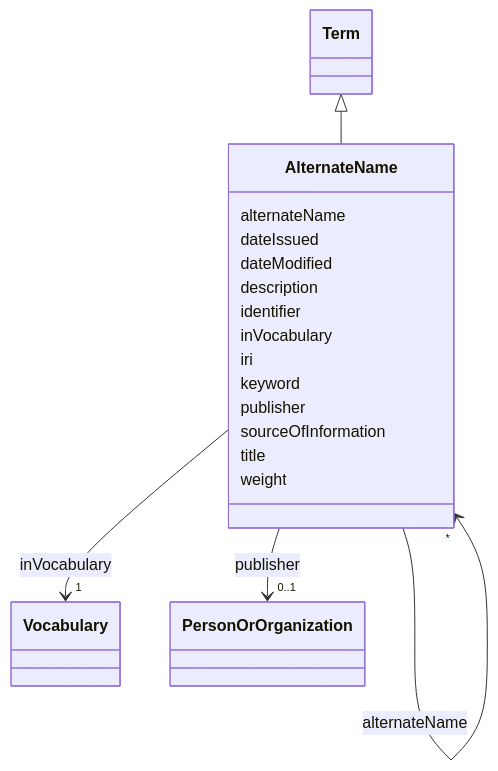
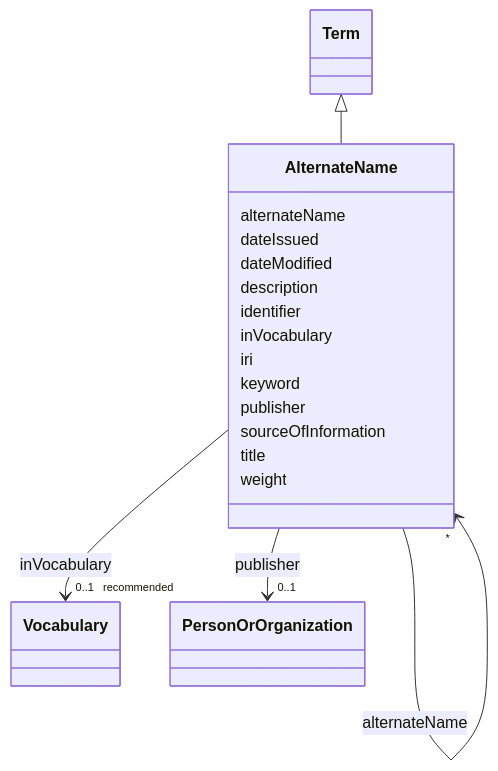
The diagram in models/docs/AlternateName.md (EVORA-project/evora-ontology), drawn with Mermaid before and after one commit. The commit also changed other lines of this file and 307 other files, not shown here.

````diff
--- a/models/docs/AlternateName.md
+++ b/models/docs/AlternateName.md
@@ -19,54 +19,54 @@
 ```mermaid
  classDiagram
     class AlternateName
     click AlternateName href "../AlternateName"
       Term <|-- AlternateName
         click Term href "../Term"
       
       AlternateName : alternateName
         
           
     
     
     AlternateName --> "*" AlternateName : alternateName
     click AlternateName href "../AlternateName"
 
         
       AlternateName : dateIssued
         
       AlternateName : dateModified
         
       AlternateName : description
         
       AlternateName : identifier
         
       AlternateName : inVocabulary
         
           
     
     
-    AlternateName --> "1" Vocabulary : inVocabulary
+    AlternateName --> "0..1 _recommended_" Vocabulary : inVocabulary
     click Vocabulary href "../Vocabulary"
 
         
       AlternateName : iri
         
       AlternateName : keyword
         
       AlternateName : publisher
         
           
     
     
     AlternateName --> "0..1" PersonOrOrganization : publisher
     click PersonOrOrganization href "../PersonOrOrganization"
 
         
       AlternateName : sourceOfInformation
         
       AlternateName : title
         
       AlternateName : weight
         
       
 ```
````
